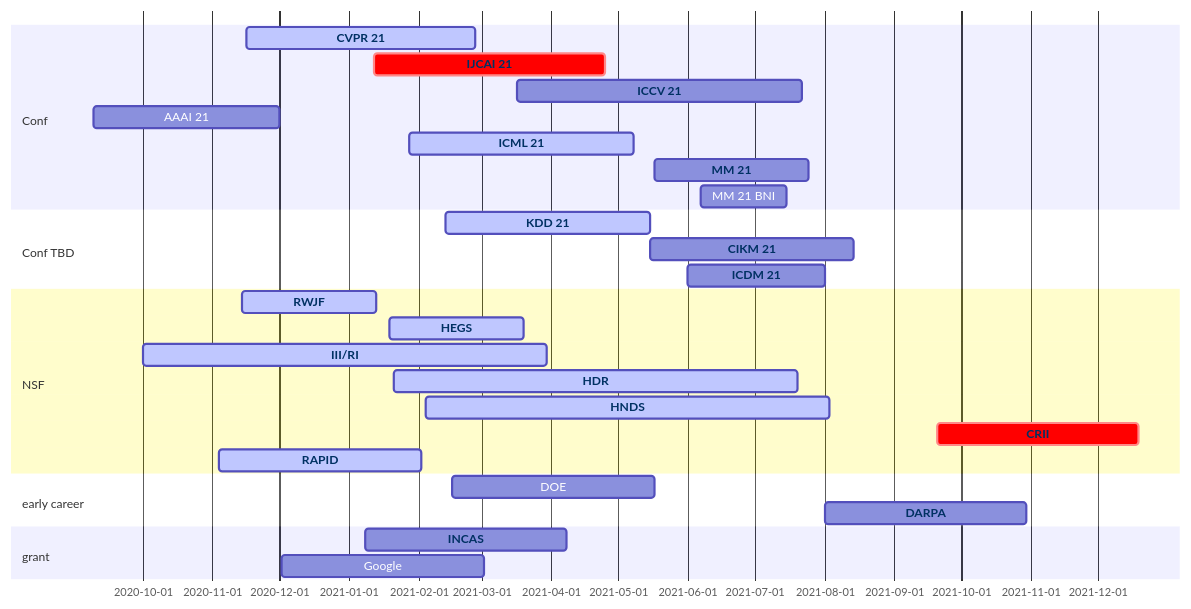
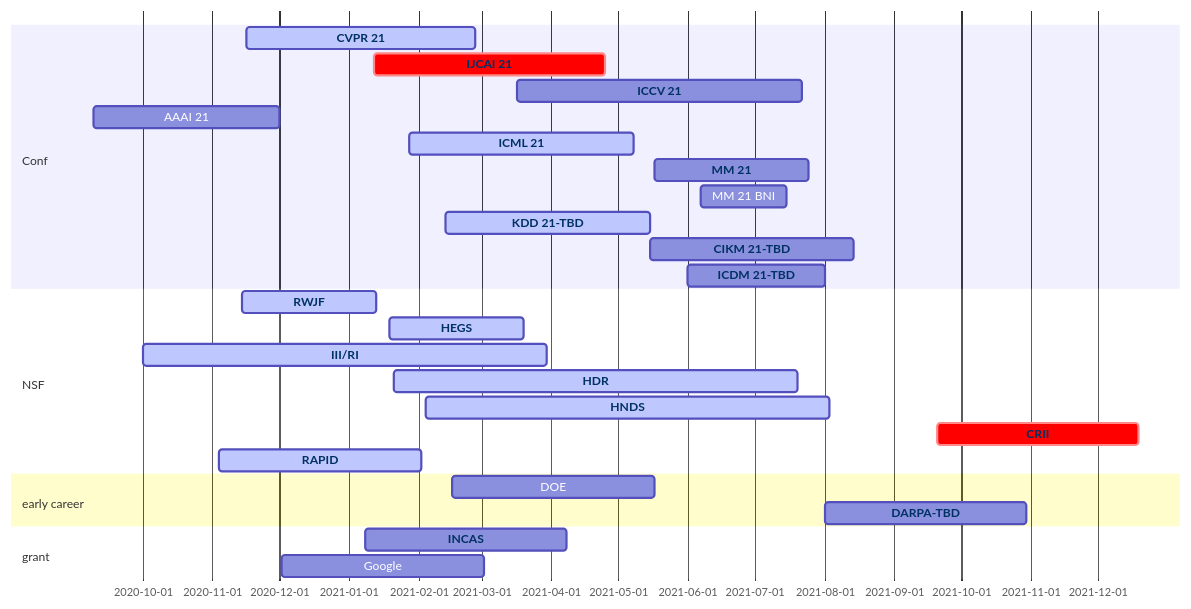
Before and after one commit to aquastar/academic-kickstart: the diagram in content/post/conf/index.md, drawn with Mermaid.

````diff
--- a/content/post/conf/index.md
+++ b/content/post/conf/index.md
@@ -16,51 +16,49 @@
 ```mermaid
 gantt
   dateFormat  MM/DD/YY
   section Conf
     CVPR 21 :active, cvpr, 11/16/20, 02/26/21
     IJCAI 21 :crit, ijcai, 01/12/21, 04/25/21
     ICCV 21 :iccv, 03/17/21, 07/22/21
     AAAI 21 :aaai, 09/09/20, 12/01/20
     ICML 21:active, icml, 01/28/21, 05/08/21
-
     MM 21:mm, 05/17/21, 07/25/21
     MM 21 BNI:mmbni, 06/07/21, 07/15/21
-  section Conf TBD
-    KDD 21:active, kdd, 02/13/21, 05/15/21
-    CIKM 21:cikm, 05/15/21, 08/14/21
-    ICDM 21:icdm, 06/01/21, 08/01/21
+    KDD 21-TBD:active, kdd, 02/13/21, 05/15/21
+    CIKM 21-TBD:cikm, 05/15/21, 08/14/21
+    ICDM 21-TBD:icdm, 06/01/21, 08/01/21
   section NSF
     RWJF :active, rwjf, 11/14/20, 60d
     HEGS: active, hegs, 01/19/21, 60d
     III/RI: active, iis, 10/01/20, 180d
     HDR :active, hdr, 01/21/21, 180d
     HNDS :active, hnds, 02/04/21, 180d
     CRII :crit, crii, 09/20/21, 90d 
     RAPID:active, rapid, 11/04/20, 90d
   section early career
     DOE : doe, 02/16/21, 90d 
-    DARPA: darpa, 08/01/21, 90d
+    DARPA-TBD: darpa, 08/01/21, 90d
   section grant
     INCAS: incas, 01/08/21, 90d
     Google: google, 12/02/20, 90d
 
   click incas href "https://beta.sam.gov/opp/6bbca26d91df4eff96b4edfa2386c35f/view?keywords=incas&sort=-relevance&index=&is_active=true&page=1"
   click darpa href "https://www.darpa.mil/work-with-us/for-universities/young-faculty-award"
   click deo href "https://www.grants.gov/web/grants/search-grants.html"
   click cvpr href "http://cvpr2021.thecvf.com/"
   click iccv href "http://iccv2021.thecvf.com/"
   click icml href "https://icml.cc/Conferences/2021"
   click ijcai href "http://www.ijcai-21.org/"
   click kdd href "http://www.kdd.org/kdd2021"
   click www href "https://www2021.thewebconf.org/"
   click cikm href "https://www.cikm2021.org/"
   click icdm href "http://icdm2021.bigke.org"
   click mm href "https://2020.acmmm.org/index.html"
   click crii href "https://www.nsf.gov/funding/pgm_summ.jsp?pims_id=504952"
   click hdr href "https://www.nsf.gov/funding/pgm_summ.jsp?pims_id=505828&org=NSF&sel_org=CISE&from=fund"
   click hnds href "https://www.nsf.gov/funding/pgm_summ.jsp?pims_id=505702"
   click rwjf href "https://anr.rwjf.org/viewCfp.do?cfpId=1509&cfpOverviewId="
   click iis href "https://www.nsf.gov/funding/pgm_summ.jsp?pims_id=505667&org=NSF"
   click hegs href "https://www.nsf.gov/funding/pgm_summ.jsp?pims_id=505745&org=NSF&sel_org=NSF&from=fund"
   click rapid href "https://www.nsf.gov/news/special_reports/coronavirus/"
 ```
````
